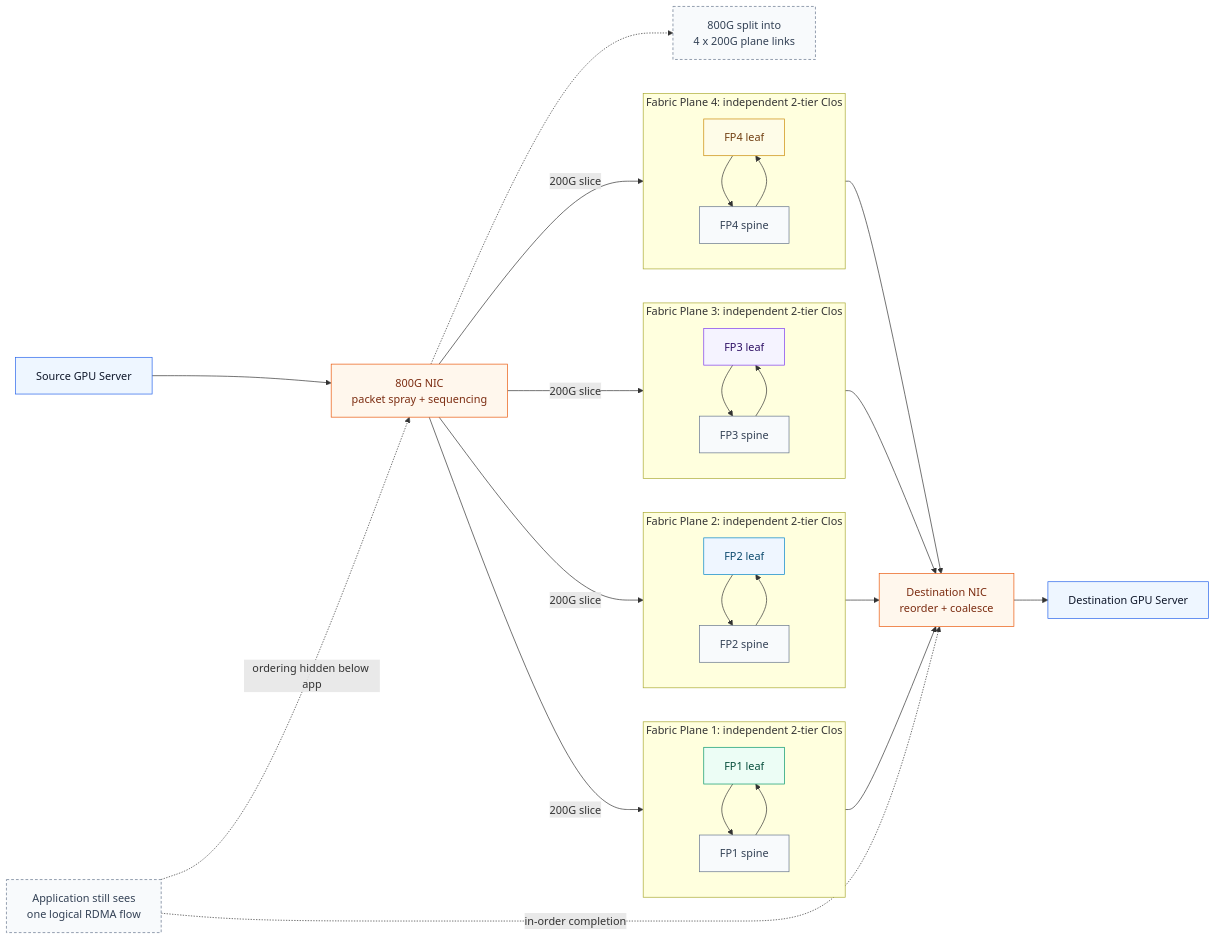
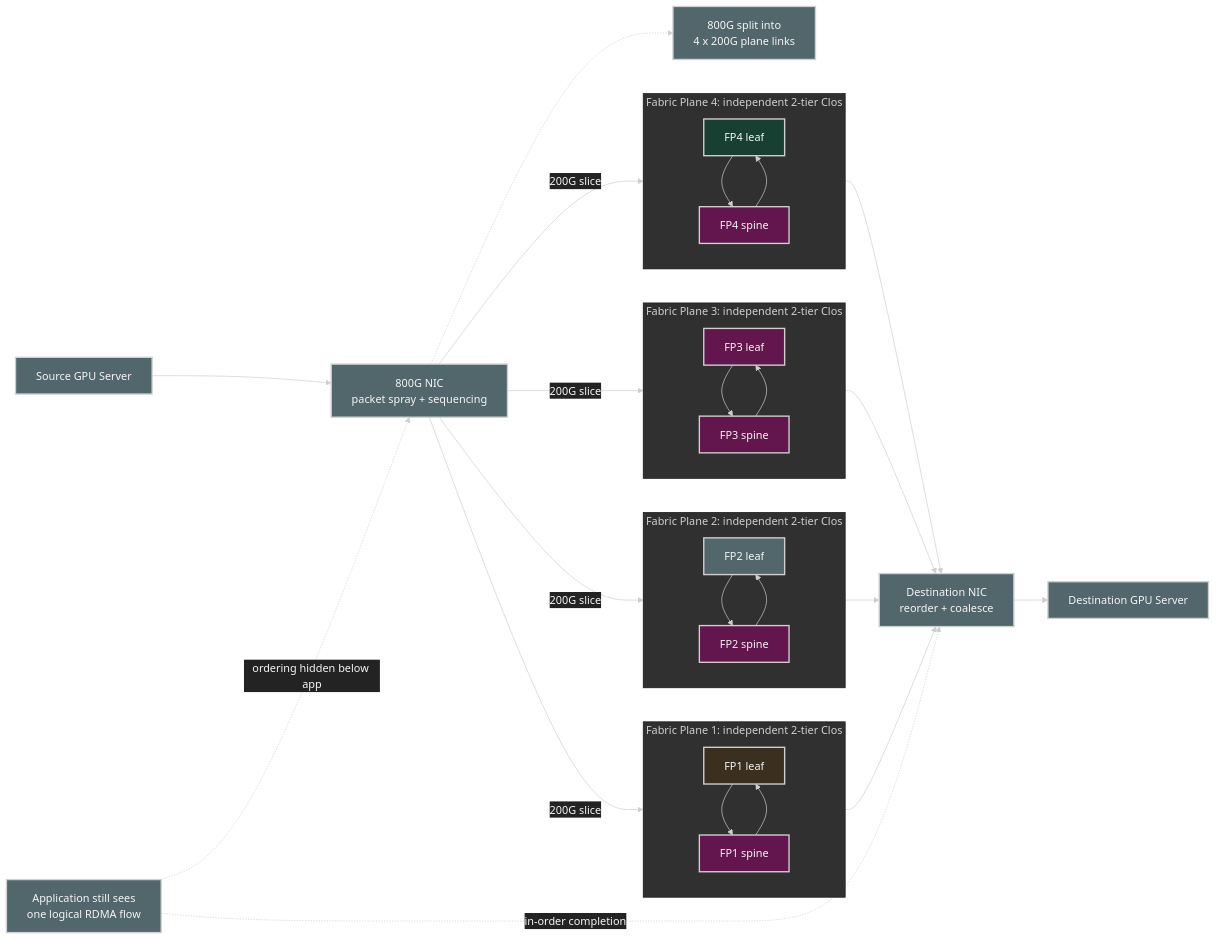
Diagram 15 of 17 in ai-data-center-network/chap03/README.md (ziwon/ai-data-center-network), drawn with Mermaid before and after one commit. The commit also changed other lines of this file and 35 other files, not shown here.

Commit message:
docs(mermaid): apply dark diagram style

````diff
--- a/ai-data-center-network/chap03/README.md
+++ b/ai-data-center-network/chap03/README.md
@@ -1198,65 +1212,66 @@
 ```mermaid
+%%{init: {"theme": "base", "themeVariables": {"background": "#171717", "primaryColor": "#232323", "primaryTextColor": "#f5f5f5", "primaryBorderColor": "#d0d0d0", "lineColor": "#cfcfcf", "fontFamily": "Inter, Arial, sans-serif"}}}%%
 flowchart LR
-    classDef host fill:#eef6ff,stroke:#2563eb,color:#0f172a
-    classDef nic fill:#fff7ed,stroke:#ea580c,color:#7c2d12
-    classDef plane1 fill:#ecfdf5,stroke:#059669,color:#064e3b
-    classDef plane2 fill:#eff6ff,stroke:#0284c7,color:#0c4a6e
-    classDef plane3 fill:#f5f3ff,stroke:#7c3aed,color:#2e1065
-    classDef plane4 fill:#fefce8,stroke:#ca8a04,color:#713f12
-    classDef fabric fill:#f8fafc,stroke:#64748b,color:#334155
-    classDef note fill:#f8fafc,stroke:#64748b,stroke-dasharray:4 3,color:#334155
+    classDef host fill:#52676b,stroke:#d0d0d0,color:#f5f5f5,stroke-width:2px;
+    classDef nic fill:#52676b,stroke:#d0d0d0,color:#f5f5f5,stroke-width:2px;
+    classDef plane1 fill:#3b2f20,stroke:#d0d0d0,color:#f5f5f5,stroke-width:2px;
+    classDef plane2 fill:#52676b,stroke:#d0d0d0,color:#f5f5f5,stroke-width:2px;
+    classDef plane3 fill:#62164d,stroke:#d0d0d0,color:#f5f5f5,stroke-width:2px;
+    classDef plane4 fill:#173f32,stroke:#d0d0d0,color:#f5f5f5,stroke-width:2px;
+    classDef fabric fill:#62164d,stroke:#d0d0d0,color:#f5f5f5,stroke-width:2px;
+    classDef note fill:#52676b,stroke:#d0d0d0,color:#f5f5f5,stroke-width:2px;
 
     SRC[Source GPU Server]:::host
     SNIC[800G NIC<br/>packet spray + sequencing]:::nic
     DNIC[Destination NIC<br/>reorder + coalesce]:::nic
     DST[Destination GPU Server]:::host
 
     subgraph FP1["Fabric Plane 1: independent 2-tier Clos"]
         direction TB
         P1L[FP1 leaf]:::plane1
         P1S[FP1 spine]:::fabric
         P1L --> P1S
         P1S --> P1L
     end
 
     subgraph FP2["Fabric Plane 2: independent 2-tier Clos"]
         direction TB
         P2L[FP2 leaf]:::plane2
         P2S[FP2 spine]:::fabric
         P2L --> P2S
         P2S --> P2L
     end
 
     subgraph FP3["Fabric Plane 3: independent 2-tier Clos"]
         direction TB
         P3L[FP3 leaf]:::plane3
         P3S[FP3 spine]:::fabric
         P3L --> P3S
         P3S --> P3L
     end
 
     subgraph FP4["Fabric Plane 4: independent 2-tier Clos"]
         direction TB
         P4L[FP4 leaf]:::plane4
         P4S[FP4 spine]:::fabric
         P4L --> P4S
         P4S --> P4L
     end
 
     APP[Application still sees<br/>one logical RDMA flow]:::note
     BR[800G split into<br/>4 x 200G plane links]:::note
 
     SRC --> SNIC
     SNIC -.-> BR
     SNIC -->|200G slice| P1L
     P1L --> DNIC
     SNIC -->|200G slice| P2L
     P2L --> DNIC
     SNIC -->|200G slice| P3L
     P3L --> DNIC
     SNIC -->|200G slice| P4L
     P4L --> DNIC
     DNIC --> DST
     APP -.->|ordering hidden below app| SNIC
     APP -.->|in-order completion| DNIC
 ```
````
